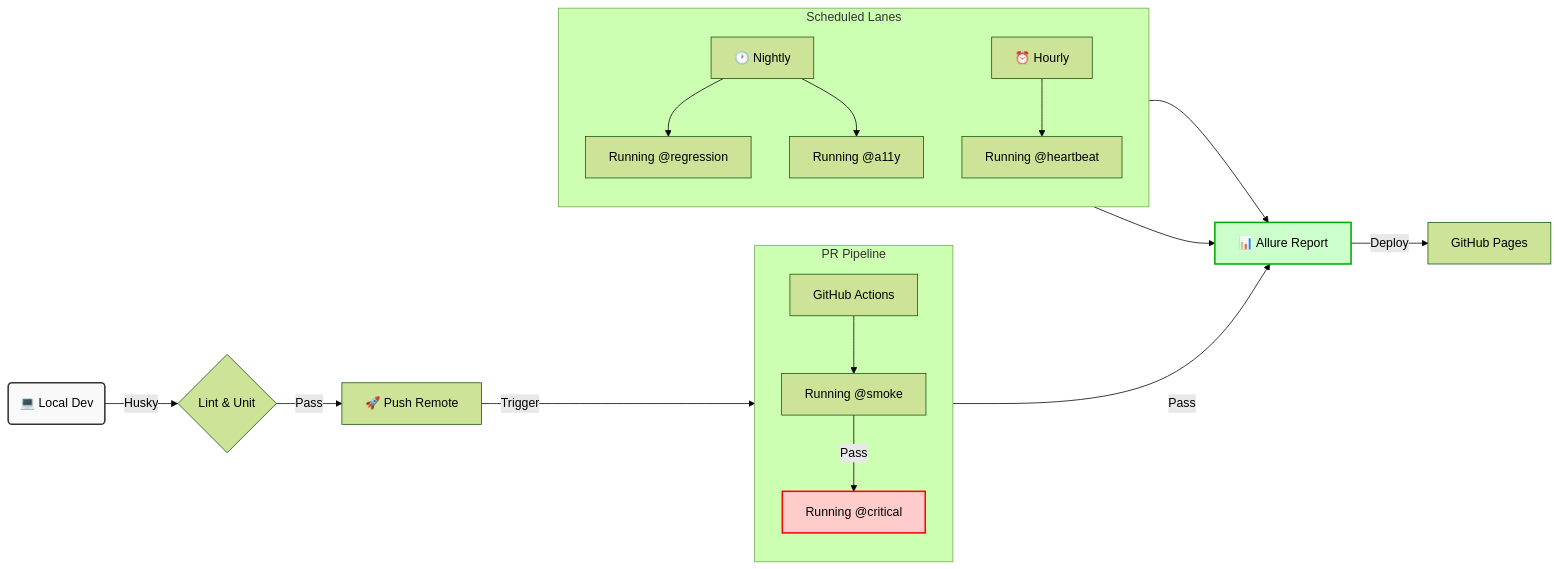
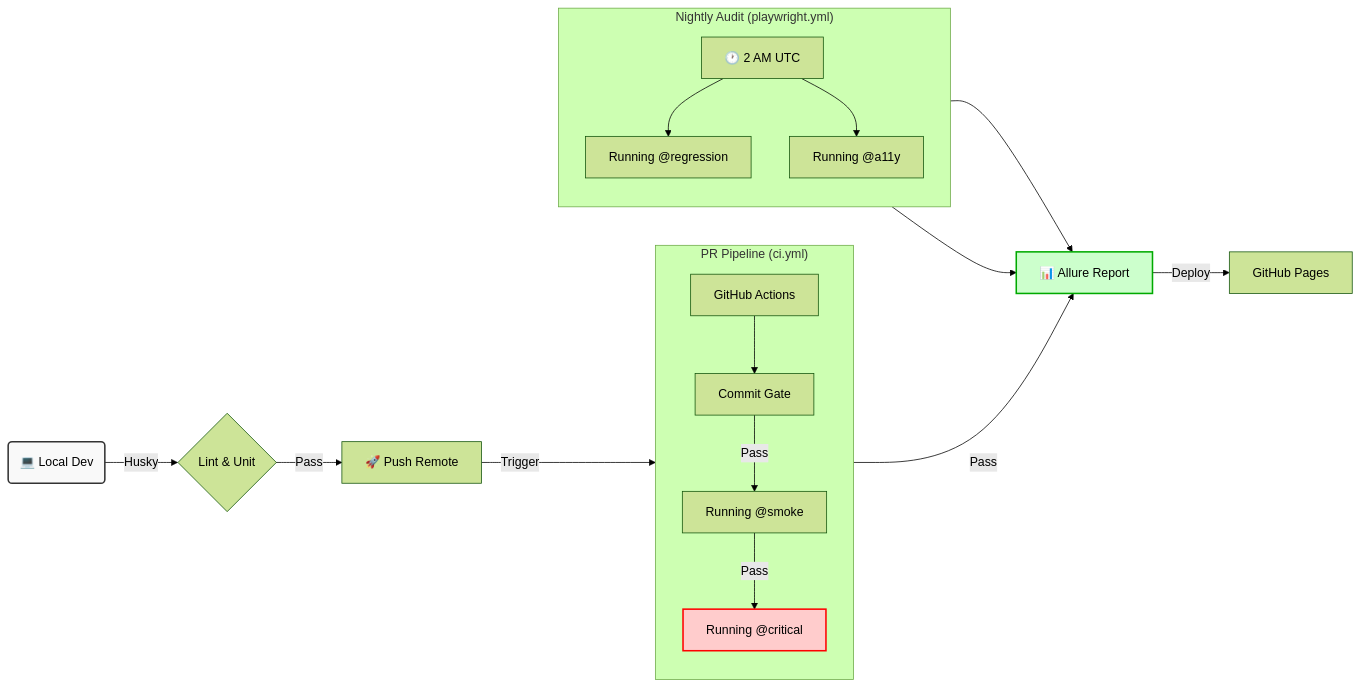
One commit to theRainMaker1001/QA-Automation-Suites changed the second of 2 diagrams in docs/TECHNICAL-DESIGN.MD. Above: the diagram before and after it, drawn with Mermaid (forest theme). The commit also changed other lines of this file and 2 other files, not shown here.

Commit message:
chore(docs) updated ALL MDs to match current structure and added / updated contribution guide

````diff
--- a/docs/TECHNICAL-DESIGN.MD
+++ b/docs/TECHNICAL-DESIGN.MD
@@ -137,28 +137,28 @@
 ```mermaid
 graph LR
     Local(💻 Local Dev) -->|Husky| Gate1{Lint & Unit}
     Gate1 -->|Pass| Push[🚀 Push Remote]
     Push -->|Trigger| CI[GitHub Actions]
-    
-    subgraph "PR Pipeline"
+
+    subgraph "PR Pipeline (ci.yml)"
     direction TB
-    CI --> Smoke[Running @smoke]
+    CI --> CommitGate[Commit Gate]
+    CommitGate -->|Pass| Smoke[Running @smoke]
     Smoke -->|Pass| Critical[Running @critical]
     end
-    
-    subgraph "Scheduled Lanes"
+
+    subgraph "Nightly Audit (playwright.yml)"
     direction TB
-    Nightly[🕐 Nightly] --> Regression[Running @regression]
+    Nightly[🕐 2 AM UTC] --> Regression[Running @regression]
     Nightly --> A11y[Running @a11y]
-    Hourly[⏰ Hourly] --> Heartbeat[Running @heartbeat]
     end
 
     Critical -->|Pass| Report[📊 Allure Report]
     Regression --> Report
     A11y --> Report
     Report -->|Deploy| Pages[GitHub Pages]
 
     style Local fill:#f9f9f9,stroke:#333,stroke-width:2px,color:black
     style Critical fill:#ffcccc,stroke:#ff0000,stroke-width:2px,color:black
     style Report fill:#ccffcc,stroke:#00aa00,stroke-width:2px,color:black
 ```
````
